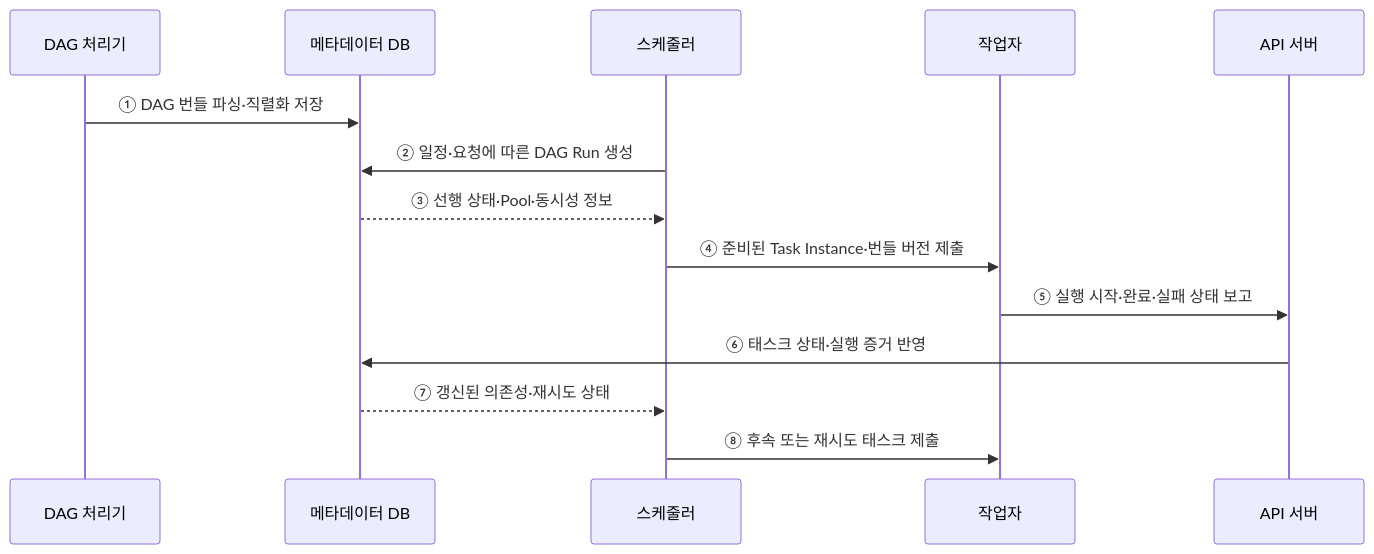
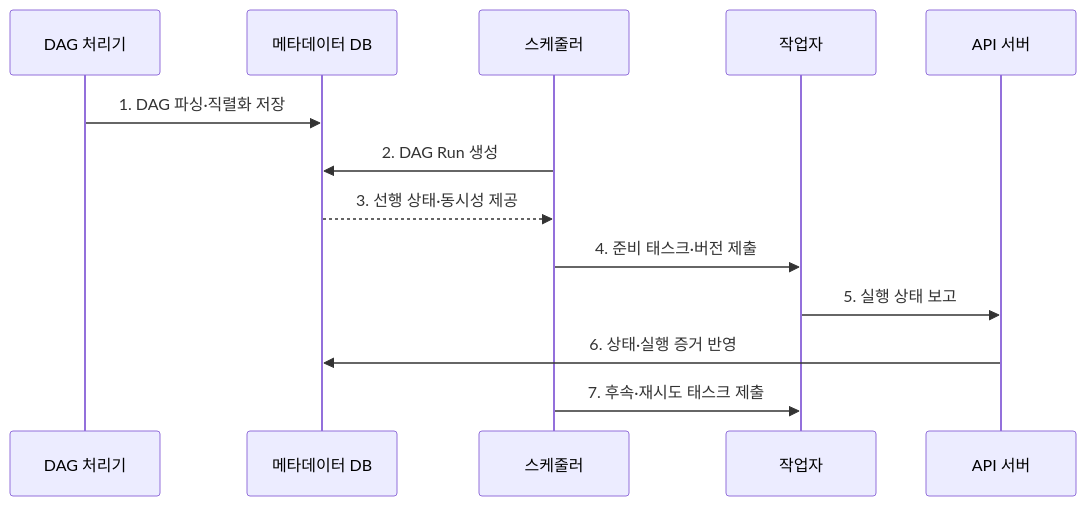
One commit to agnusdei1207/knowledge-base changed the second of 2 diagrams in src/content/docs/notes/03-software/139_data_pipeline_orchestration.md. Above: the diagram before and after it, drawn with Mermaid. The commit also changed other lines of this file and 20 other files, not shown here.

````diff
--- a/src/content/docs/notes/03-software/139_data_pipeline_orchestration.md
+++ b/src/content/docs/notes/03-software/139_data_pipeline_orchestration.md
@@ -90,16 +87,15 @@
 ```mermaid
 sequenceDiagram
     participant P as DAG 처리기
     participant M as 메타데이터 DB
     participant S as 스케줄러
     participant W as 작업자
     participant A as API 서버
-    P->>M: ① DAG 번들 파싱·직렬화 저장
-    S->>M: ② 일정·요청에 따른 DAG Run 생성
-    M-->>S: ③ 선행 상태·Pool·동시성 정보
-    S->>W: ④ 준비된 Task Instance·번들 버전 제출
-    W->>A: ⑤ 실행 시작·완료·실패 상태 보고
-    A->>M: ⑥ 태스크 상태·실행 증거 반영
-    M-->>S: ⑦ 갱신된 의존성·재시도 상태
-    S->>W: ⑧ 후속 또는 재시도 태스크 제출
+    P->>M: 1. DAG 파싱·직렬화 저장
+    S->>M: 2. DAG Run 생성
+    M-->>S: 3. 선행 상태·동시성 제공
+    S->>W: 4. 준비 태스크·버전 제출
+    W->>A: 5. 실행 상태 보고
+    A->>M: 6. 상태·실행 증거 반영
+    S->>W: 7. 후속·재시도 태스크 제출
 ```
````
